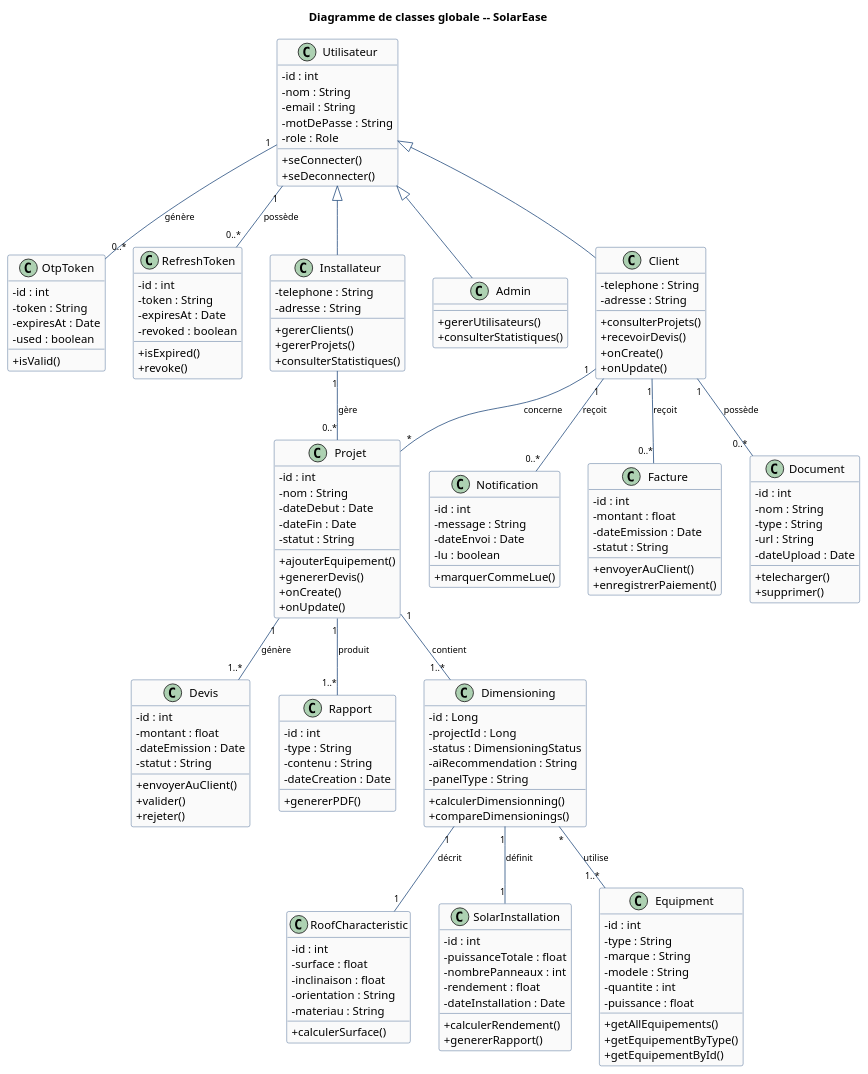
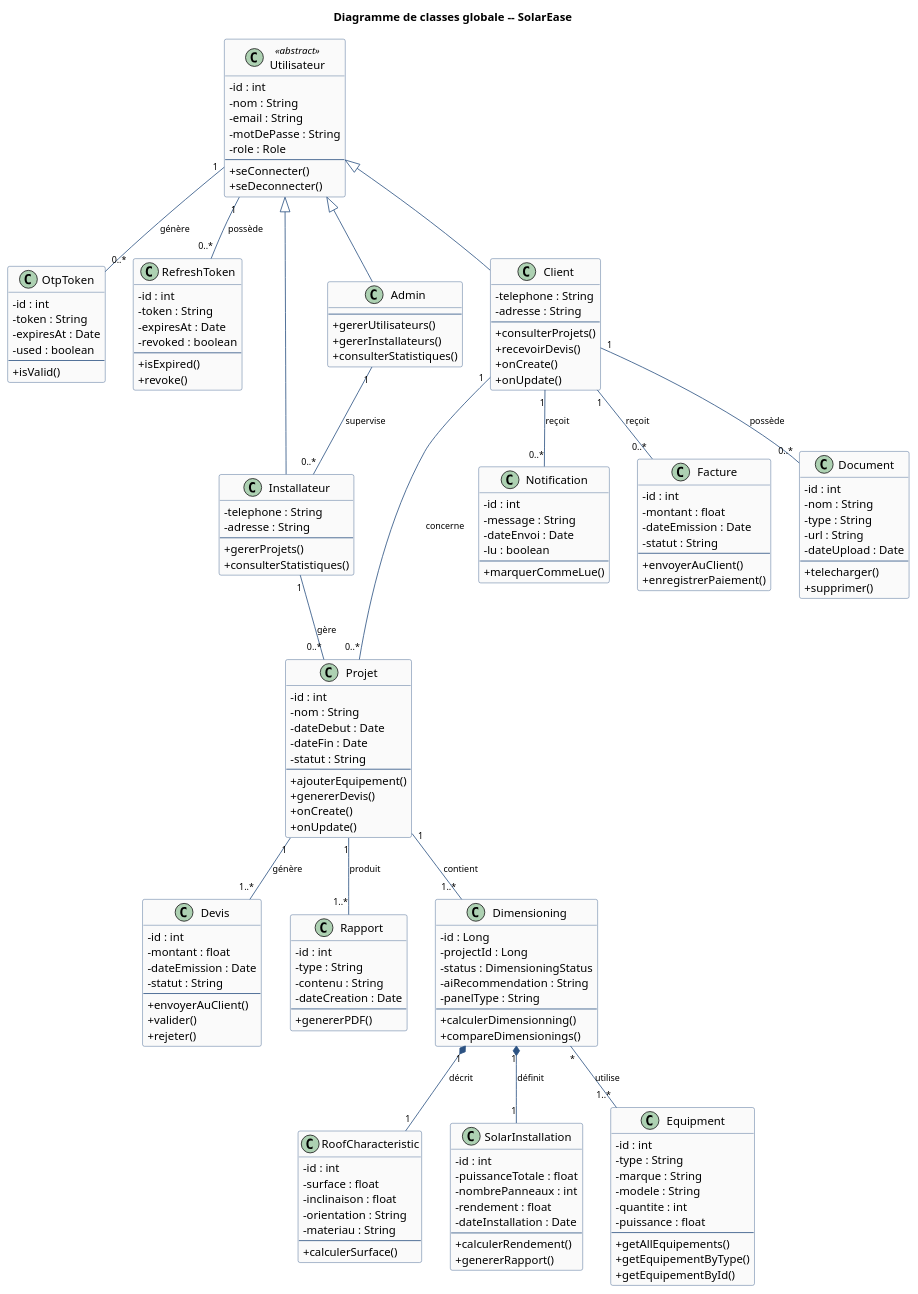
Before and after one commit to LouayJDAY/SolarEase: the diagram in rapport/overleaf/diagramme-classe-globale.puml, drawn with PlantUML. The commit also changed 71 other files, not shown here.

```diff
--- a/rapport/overleaf/diagramme-classe-globale.puml
+++ b/rapport/overleaf/diagramme-classe-globale.puml
@@ -1,188 +1,200 @@
 @startuml diagramme-classe-globale
 title Diagramme de classes globale -- SolarEase
 
-' ────────────────────────────────────────────────────────────
-'  Corrections (annotations rouges de l'encadrant) :
-'    • Technicien    -> Installateur
-'    • Cycle Installateur-Client-Projet brisé
-'        (suppression de Installateur gère Client)
-'    • Suppression de Admin gère Client (non envisageable)
-'  Tout le reste du diagramme est conservé à l'identique.
-' ────────────────────────────────────────────────────────────
+' Corrections encadrant :
+'   • Technicien -> Installateur
+'   • Pas de relation Installateur -- Client
+'   • Pas de relation Admin -- Client
 
 skinparam classAttributeIconSize 0
 skinparam shadowing false
 skinparam class {
-    BackgroundColor   #FAFAFA
-    BorderColor       #2C5282
-    ArrowColor        #2C5282
-    ArrowFontSize     11
+  BackgroundColor   #FAFAFA
+  BorderColor       #2C5282
+  ArrowColor        #2C5282
+  ArrowFontSize     11
 }
 
 ' =========================
-'   IDENTITÉ
+'   IDENTITÉ & ACTEURS
 ' =========================
-class Utilisateur {
-    -id : int
-    -nom : String
-    -email : String
-    -motDePasse : String
-    -role : Role
-    +seConnecter()
-    +seDeconnecter()
+class Utilisateur <<abstract>> {
+  -id : int
+  -nom : String
+  -email : String
+  -motDePasse : String
+  -role : Role
+  --
+  +seConnecter()
+  +seDeconnecter()
 }
 
 class OtpToken {
-    -id : int
-    -token : String
-    -expiresAt : Date
-    -used : boolean
-    +isValid()
+  -id : int
+  -token : String
+  -expiresAt : Date
+  -used : boolean
+  --
+  +isValid()
 }
 
 class RefreshToken {
-    -id : int
-    -token : String
-    -expiresAt : Date
-    -revoked : boolean
-    +isExpired()
-    +revoke()
+  -id : int
+  -token : String
+  -expiresAt : Date
+  -revoked : boolean
+  --
+  +isExpired()
+  +revoke()
 }
 
 class Installateur {
-    -telephone : String
-    -adresse : String
-    +gererClients()
-    +gererProjets()
-    +consulterStatistiques()
+  -telephone : String
+  -adresse : String
+  --
+  +gererProjets()
+  +consulterStatistiques()
 }
 
 class Admin {
-    +gererUtilisateurs()
-    +consulterStatistiques()
+  --
+  +gererUtilisateurs()
+  +gererInstallateurs()
+  +consulterStatistiques()
 }
 
 class Client {
-    -telephone : String
-    -adresse : String
-    +consulterProjets()
-    +recevoirDevis()
-    +onCreate()
-    +onUpdate()
+  -telephone : String
+  -adresse : String
+  --
+  +consulterProjets()
+  +recevoirDevis()
+  +onCreate()
+  +onUpdate()
 }
 
 ' =========================
 '   PROJET
 ' =========================
 class Projet {
-    -id : int
-    -nom : String
-    -dateDebut : Date
-    -dateFin : Date
-    -statut : String
-    +ajouterEquipement()
-    +genererDevis()
-    +onCreate()
-    +onUpdate()
+  -id : int
+  -nom : String
+  -dateDebut : Date
+  -dateFin : Date
+  -statut : String
+  --
+  +ajouterEquipement()
+  +genererDevis()
+  +onCreate()
+  +onUpdate()
 }
 
 ' =========================
 '   COMMERCIAL / DOCUMENTS
 ' =========================
 class Notification {
-    -id : int
-    -message : String
-    -dateEnvoi : Date
-    -lu : boolean
-    +marquerCommeLue()
+  -id : int
+  -message : String
+  -dateEnvoi : Date
+  -lu : boolean
+  --
+  +marquerCommeLue()
 }
 
 class Facture {
-    -id : int
-    -montant : float
-    -dateEmission : Date
-    -statut : String
-    +envoyerAuClient()
-    +enregistrerPaiement()
+  -id : int
+  -montant : float
+  -dateEmission : Date
+  -statut : String
+  --
+  +envoyerAuClient()
+  +enregistrerPaiement()
 }
 
 class Document {
-    -id : int
-    -nom : String
-    -type : String
-    -url : String
-    -dateUpload : Date
-    +telecharger()
-    +supprimer()
+  -id : int
+  -nom : String
+  -type : String
+  -url : String
+  -dateUpload : Date
+  --
+  +telecharger()
+  +supprimer()
 }
 
 class Devis {
-    -id : int
-    -montant : float
-    -dateEmission : Date
-    -statut : String
-    +envoyerAuClient()
-    +valider()
-    +rejeter()
+  -id : int
+  -montant : float
+  -dateEmission : Date
+  -statut : String
+  --
+  +envoyerAuClient()
+  +valider()
+  +rejeter()
 }
 
 class Rapport {
-    -id : int
-    -type : String
-    -contenu : String
-    -dateCreation : Date
-    +genererPDF()
+  -id : int
+  -type : String
+  -contenu : String
+  -dateCreation : Date
+  --
+  +genererPDF()
 }
 
 ' =========================
 '   DIMENSIONNEMENT
 ' =========================
 class Dimensioning {
-    -id : Long
-    -projectId : Long
-    -status : DimensioningStatus
-    -aiRecommendation : String
-    -panelType : String
-    +calculerDimensionning()
-    +compareDimensionings()
+  -id : Long
+  -projectId : Long
+  -status : DimensioningStatus
+  -aiRecommendation : String
+  -panelType : String
+  --
+  +calculerDimensionning()
+  +compareDimensionings()
 }
 
 class RoofCharacteristic {
-    -id : int
-    -surface : float
-    -inclinaison : float
-    -orientation : String
-    -materiau : String
-    +calculerSurface()
+  -id : int
+  -surface : float
+  -inclinaison : float
+  -orientation : String
+  -materiau : String
+  --
+  +calculerSurface()
 }
 
 class SolarInstallation {
-    -id : int
-    -puissanceTotale : float
-    -nombrePanneaux : int
-    -rendement : float
-    -dateInstallation : Date
-    +calculerRendement()
-    +genererRapport()
+  -id : int
+  -puissanceTotale : float
+  -nombrePanneaux : int
+  -rendement : float
+  -dateInstallation : Date
+  --
+  +calculerRendement()
+  +genererRapport()
 }
 
 class Equipment {
-    -id : int
-    -type : String
-    -marque : String
-    -modele : String
-    -quantite : int
-    -puissance : float
-    +getAllEquipements()
-    +getEquipementByType()
-    +getEquipementById()
+  -id : int
+  -type : String
+  -marque : String
+  -modele : String
+  -quantite : int
+  -puissance : float
+  --
+  +getAllEquipements()
+  +getEquipementByType()
+  +getEquipementById()
 }
 
 ' ────────────────────────────────────────────
 '   RELATIONS
 ' ────────────────────────────────────────────
 
-' Héritage
+' Héritage acteurs
 Utilisateur <|-- Installateur
 Utilisateur <|-- Admin
 Utilisateur <|-- Client
@@ -191,13 +203,16 @@
 Utilisateur "1" -- "0..*" OtpToken     : génère
 Utilisateur "1" -- "0..*" RefreshToken : possède
 
-' Gestion (cycle supprimé : Installateur ne gère plus directement Client)
-Installateur "1" -- "0..*" Projet  : gère
+' Admin supervise les installateurs (pas de lien Admin -- Client)
+Admin "1" -- "0..*" Installateur : supervise
 
-' Projet ↔ Client
-Client "1" -- "*" Projet : concerne
+' Installateur gère les projets (pas de lien direct Installateur -- Client)
+Installateur "1" -- "0..*" Projet : gère
 
-' Client reçoit des artefacts (pas de retour, pas de cycle)
+' Projet et client
+Client "1" -- "0..*" Projet : concerne
+
+' Artefacts reçus par le client
 Client "1" -- "0..*" Notification : reçoit
 Client "1" -- "0..*" Facture      : reçoit
 Client "1" -- "0..*" Document     : possède
@@ -207,9 +222,9 @@
 Projet "1" -- "1..*" Dimensioning : contient
 Projet "1" -- "1..*" Devis        : génère
 
-' Dimensionnement
-Dimensioning "1" -- "1"   RoofCharacteristic : décrit
-Dimensioning "1" -- "1"   SolarInstallation  : définit
+' Dimensionnement technique
+Dimensioning "1" *-- "1" RoofCharacteristic : décrit
+Dimensioning "1" *-- "1" SolarInstallation  : définit
 Dimensioning "*" -- "1..*" Equipment         : utilise
 
 @enduml
```
